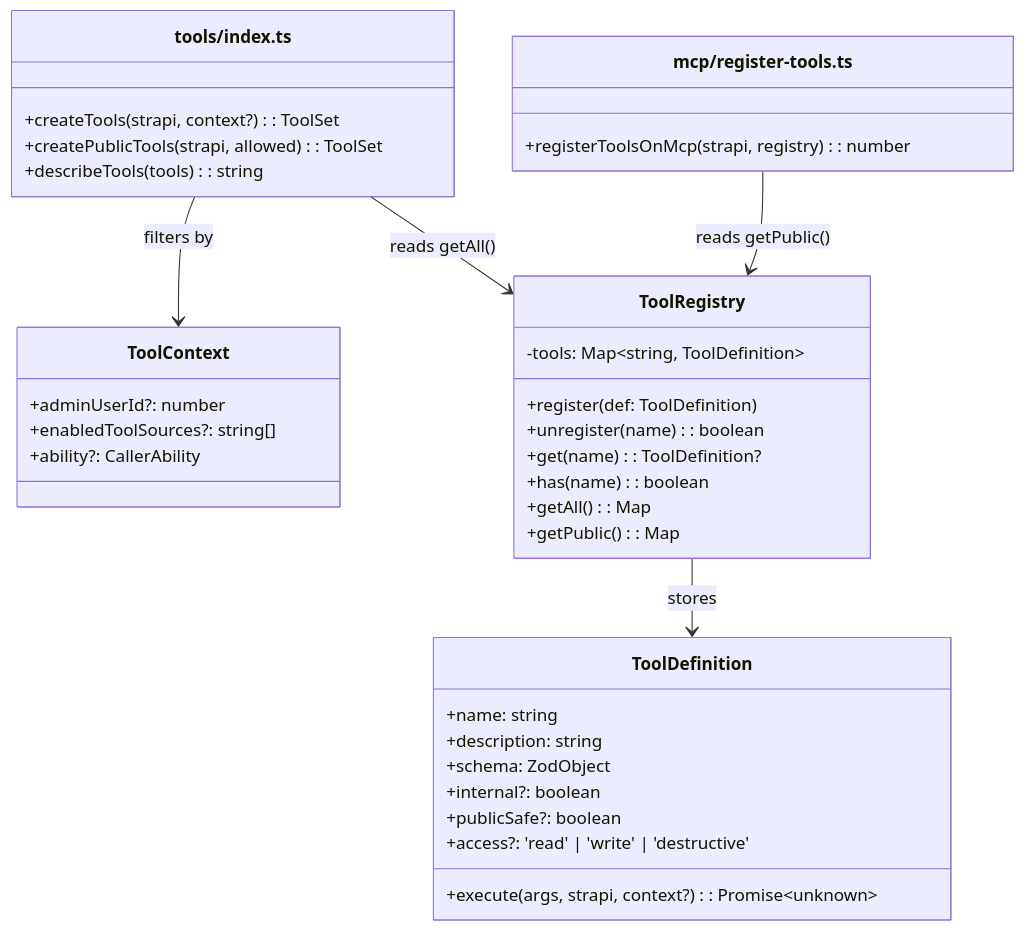
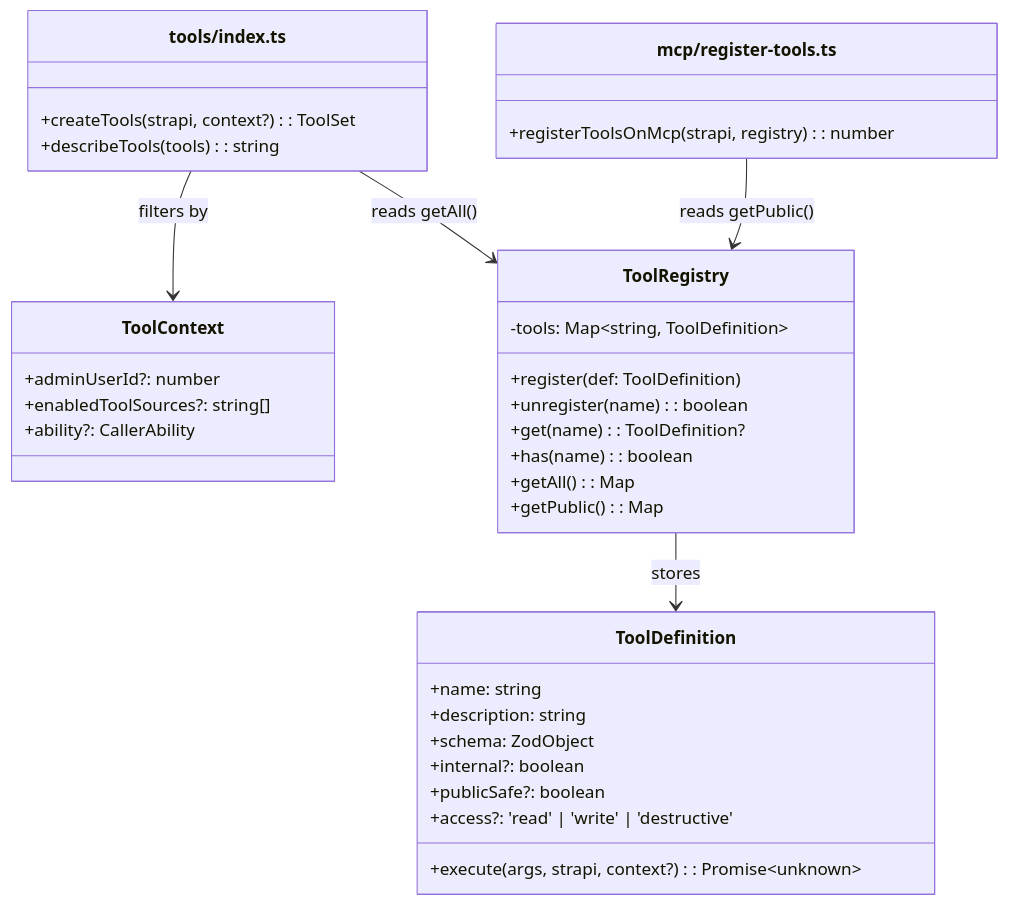
Before and after one commit to PaulBratslavsky/strapi-plugin-ai-chat: the sixth of 20 diagrams in docs/architecture.md, drawn with Mermaid. The commit also changed other lines of this file and 19 other files, not shown here.

First line of the commit message:
feat!: extract public chat into strapi-plugin-ai-sdk-public-chat

````diff
--- a/docs/architecture.md
+++ b/docs/architecture.md
@@ -338,45 +338,44 @@
 ```mermaid
 classDiagram
     class ToolRegistry {
         -tools: Map~string, ToolDefinition~
         +register(def: ToolDefinition)
         +unregister(name): boolean
         +get(name): ToolDefinition?
         +has(name): boolean
         +getAll(): Map
         +getPublic(): Map
     }
 
     class ToolDefinition {
         +name: string
         +description: string
         +schema: ZodObject
         +execute(args, strapi, context?): Promise~unknown~
         +internal?: boolean
         +publicSafe?: boolean
         +access?: 'read' | 'write' | 'destructive'
     }
 
     class ToolContext {
         +adminUserId?: number
         +enabledToolSources?: string[]
         +ability?: CallerAbility
     }
 
     AISDKTools --> ToolContext : filters by
 
     ToolRegistry --> ToolDefinition : stores
 
     class AISDKTools["tools/index.ts"] {
         +createTools(strapi, context?): ToolSet
-        +createPublicTools(strapi, allowed): ToolSet
         +describeTools(tools): string
     }
 
     class MCPBridge["mcp/register-tools.ts"] {
         +registerToolsOnMcp(strapi, registry): number
     }
 
     AISDKTools --> ToolRegistry : reads getAll()
     MCPBridge --> ToolRegistry : reads getPublic()
 ```
````
